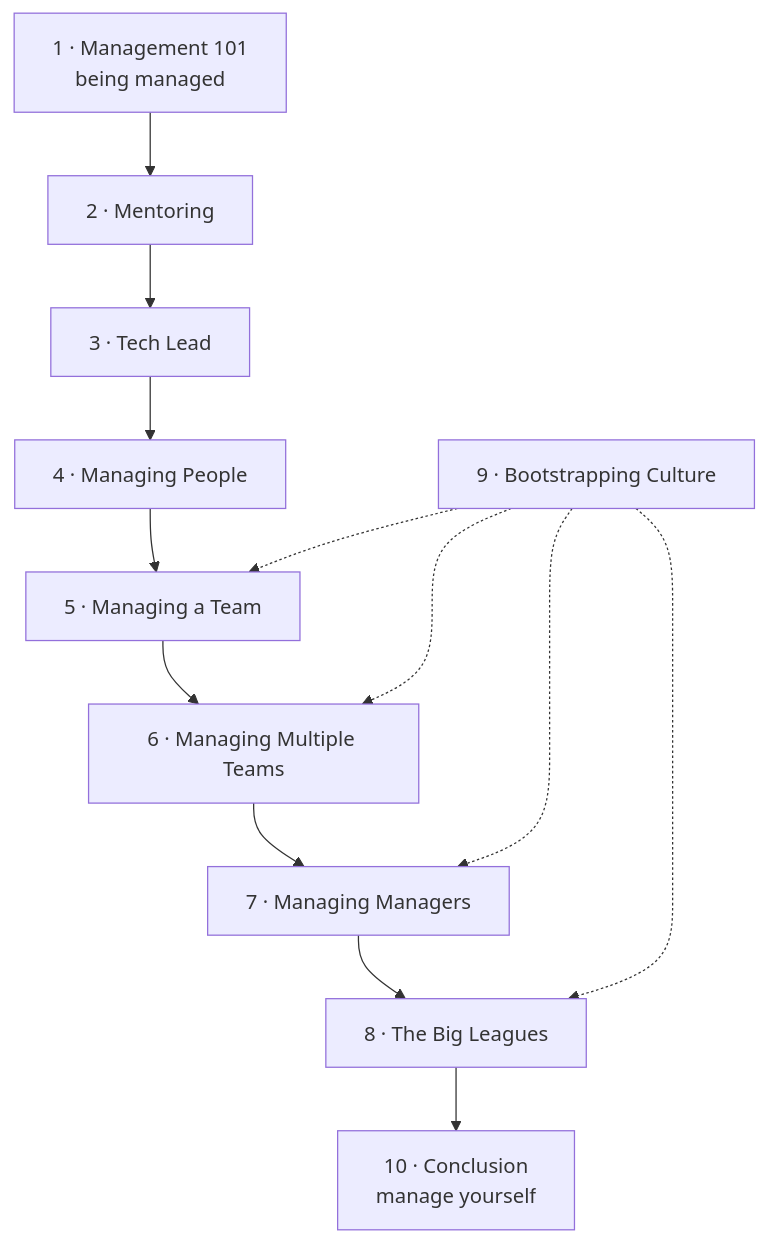
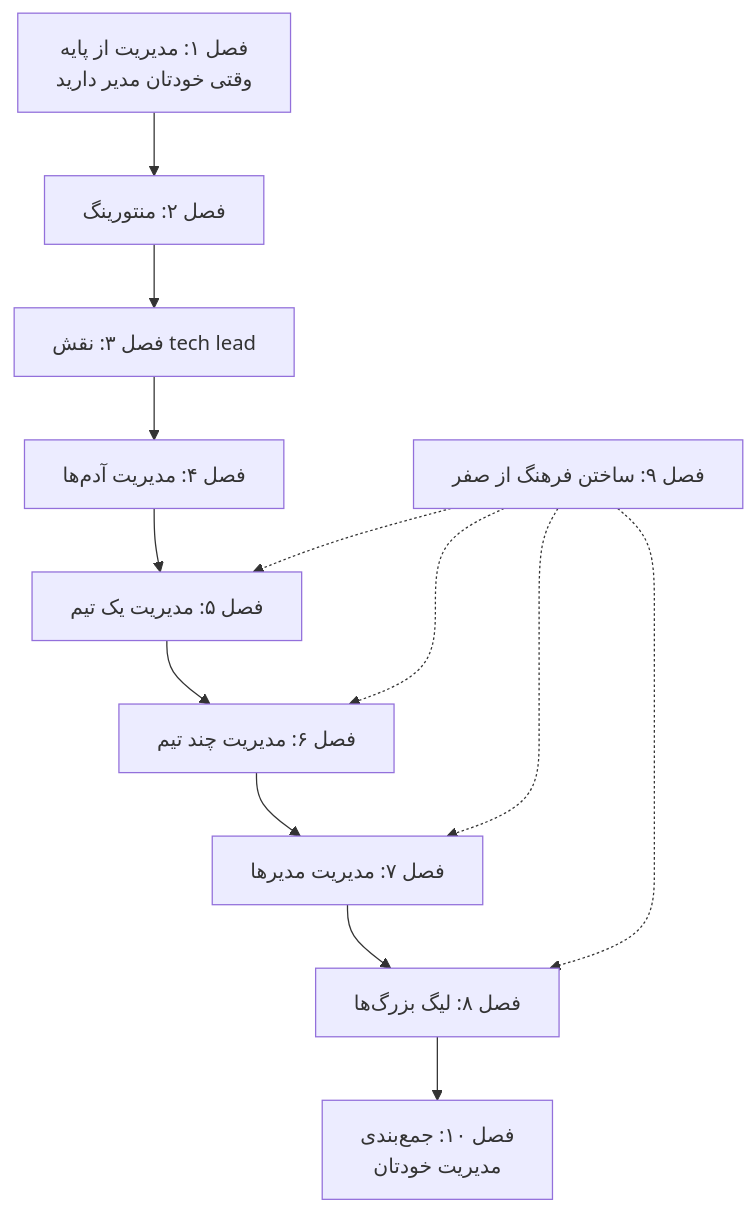
Before and after one commit to AlirezaHanifi/knowledge-vault: the diagram in books/the-managers-path/README.md, drawn with Mermaid. The commit also changed other lines of this file and 33 other files, not shown here.

````diff
--- a/books/the-managers-path/README.md
+++ b/books/the-managers-path/README.md
@@ -40,8 +41,8 @@
 ```mermaid
 flowchart TB
-    C1["1 · Management 101<br/>being managed"] --> C2["2 · Mentoring"] --> C3["3 · Tech Lead"]
-    C3 --> C4["4 · Managing People"] --> C5["5 · Managing a Team"]
-    C5 --> C6["6 · Managing Multiple Teams"] --> C7["7 · Managing Managers"] --> C8["8 · The Big Leagues"]
-    C9["9 · Bootstrapping Culture"] -.-> C5 & C6 & C7 & C8
-    C8 --> C10["10 · Conclusion<br/>manage yourself"]
+    C1["فصل ۱: مدیریت از پایه<br/>وقتی خودتان مدیر دارید"] --> C2["فصل ۲: منتورینگ"] --> C3["فصل ۳: نقش tech lead"]
+    C3 --> C4["فصل ۴: مدیریت آدم‌ها"] --> C5["فصل ۵: مدیریت یک تیم"]
+    C5 --> C6["فصل ۶: مدیریت چند تیم"] --> C7["فصل ۷: مدیریت مدیرها"] --> C8["فصل ۸: لیگ بزرگ‌ها"]
+    C9["فصل ۹: ساختن فرهنگ از صفر"] -.-> C5 & C6 & C7 & C8
+    C8 --> C10["فصل ۱۰: جمع‌بندی<br/>مدیریت خودتان"]
 ```
````
